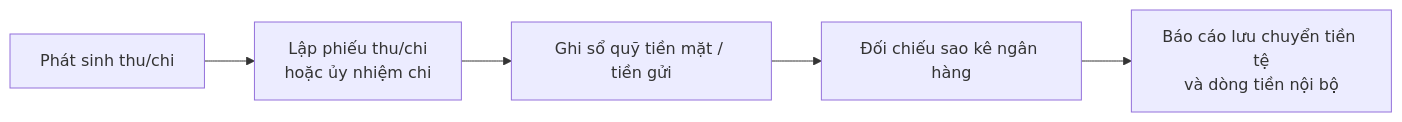
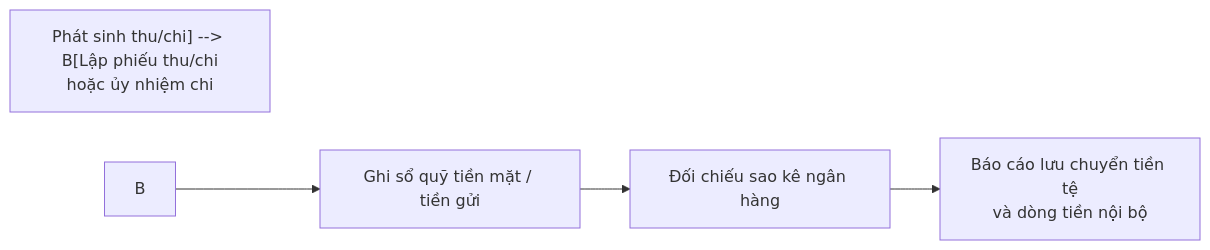
One commit to anhttmle/CAIO changed the seventh of 14 diagrams in OrgAgent/accounting.md. Above: the diagram before and after it, drawn with Mermaid. The commit also changed other lines of this file, not shown here.

````diff
--- a/OrgAgent/accounting.md
+++ b/OrgAgent/accounting.md
@@ -158,7 +158,7 @@
 ```mermaid
 flowchart LR
-    A[Phát sinh thu/chi] --> B[Lập phiếu thu/chi\nhoặc ủy nhiệm chi]
-    B --> C[Ghi sổ quỹ tiền mặt / tiền gửi]
-    C --> D[Đối chiếu sao kê ngân hàng]
-    D --> E[Báo cáo lưu chuyển tiền tệ\nvà dòng tiền nội bộ]
+    A["Phát sinh thu/chi] --> B[Lập phiếu thu/chi\nhoặc ủy nhiệm chi"]
+    B --> C["Ghi sổ quỹ tiền mặt / tiền gửi"]
+    C --> D["Đối chiếu sao kê ngân hàng"]
+    D --> E["Báo cáo lưu chuyển tiền tệ\nvà dòng tiền nội bộ"]
 ```
````
